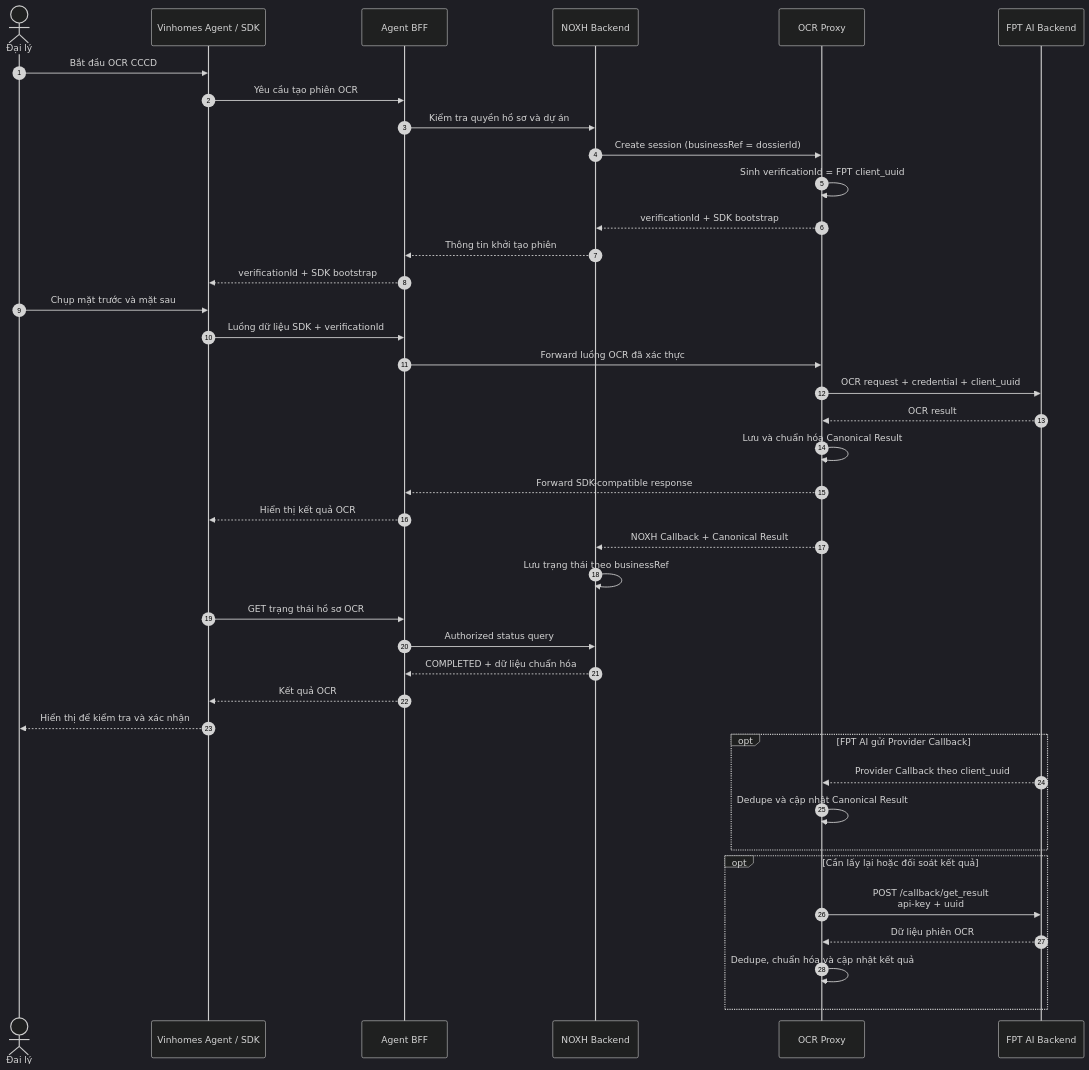
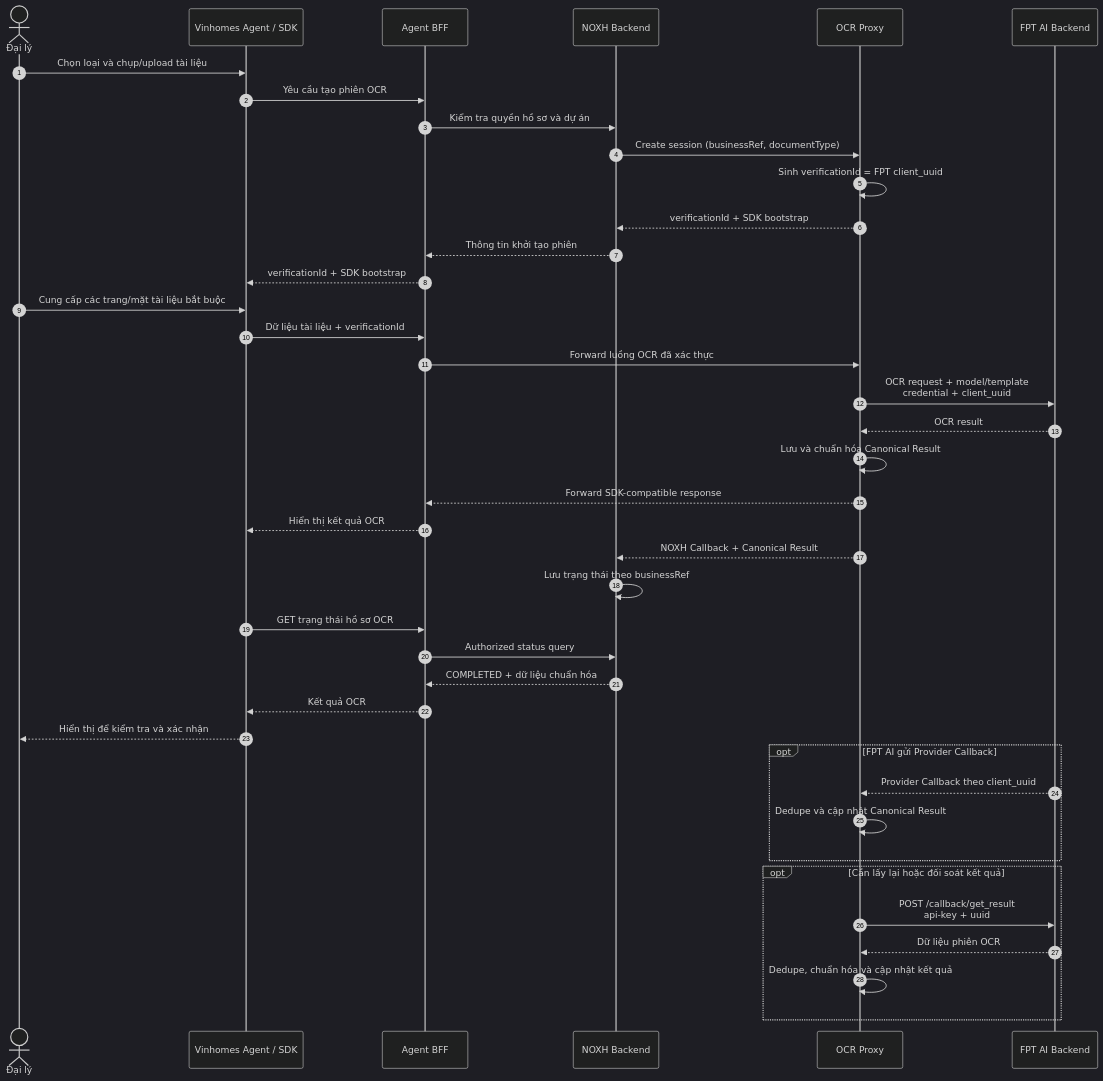
One commit to huynv-xyz/vhm changed the second of 9 diagrams in noxh.md. Above: the diagram before and after it, drawn with Mermaid (dark theme). The commit also changed other lines of this file, not shown here.

````diff
--- a/noxh.md
+++ b/noxh.md
@@ -188,47 +207,47 @@
 ```mermaid
 sequenceDiagram
     autonumber
     actor DL as Đại lý
     participant APP as Vinhomes Agent / SDK
     participant BFF as Agent BFF
     participant NOXH as NOXH Backend
     participant OCR as OCR Proxy
     participant FPT as FPT AI Backend
 
-    DL->>APP: Bắt đầu OCR CCCD
+    DL->>APP: Chọn loại và chụp/upload tài liệu
     APP->>BFF: Yêu cầu tạo phiên OCR
     BFF->>NOXH: Kiểm tra quyền hồ sơ và dự án
-    NOXH->>OCR: Create session (businessRef = dossierId)
+    NOXH->>OCR: Create session (businessRef, documentType)
     OCR->>OCR: Sinh verificationId = FPT client_uuid
     OCR-->>NOXH: verificationId + SDK bootstrap
     NOXH-->>BFF: Thông tin khởi tạo phiên
     BFF-->>APP: verificationId + SDK bootstrap
 
-    DL->>APP: Chụp mặt trước và mặt sau
-    APP->>BFF: Luồng dữ liệu SDK + verificationId
+    DL->>APP: Cung cấp các trang/mặt tài liệu bắt buộc
+    APP->>BFF: Dữ liệu tài liệu + verificationId
     BFF->>OCR: Forward luồng OCR đã xác thực
-    OCR->>FPT: OCR request + credential + client_uuid
+    OCR->>FPT: OCR request + model/template<br/>credential + client_uuid
     FPT-->>OCR: OCR result
     OCR->>OCR: Lưu và chuẩn hóa Canonical Result
     OCR-->>BFF: Forward SDK-compatible response
     BFF-->>APP: Hiển thị kết quả OCR
 
     OCR-->>NOXH: NOXH Callback + Canonical Result
     NOXH->>NOXH: Lưu trạng thái theo businessRef
     APP->>BFF: GET trạng thái hồ sơ OCR
     BFF->>NOXH: Authorized status query
     NOXH-->>BFF: COMPLETED + dữ liệu chuẩn hóa
     BFF-->>APP: Kết quả OCR
     APP-->>DL: Hiển thị để kiểm tra và xác nhận
 
     opt FPT AI gửi Provider Callback
         FPT-->>OCR: Provider Callback theo client_uuid
         OCR->>OCR: Dedupe và cập nhật Canonical Result
     end
 
     opt Cần lấy lại hoặc đối soát kết quả
         OCR->>FPT: POST /callback/get_result<br/>api-key + uuid
         FPT-->>OCR: Dữ liệu phiên OCR
         OCR->>OCR: Dedupe, chuẩn hóa và cập nhật kết quả
     end
 ```
````
